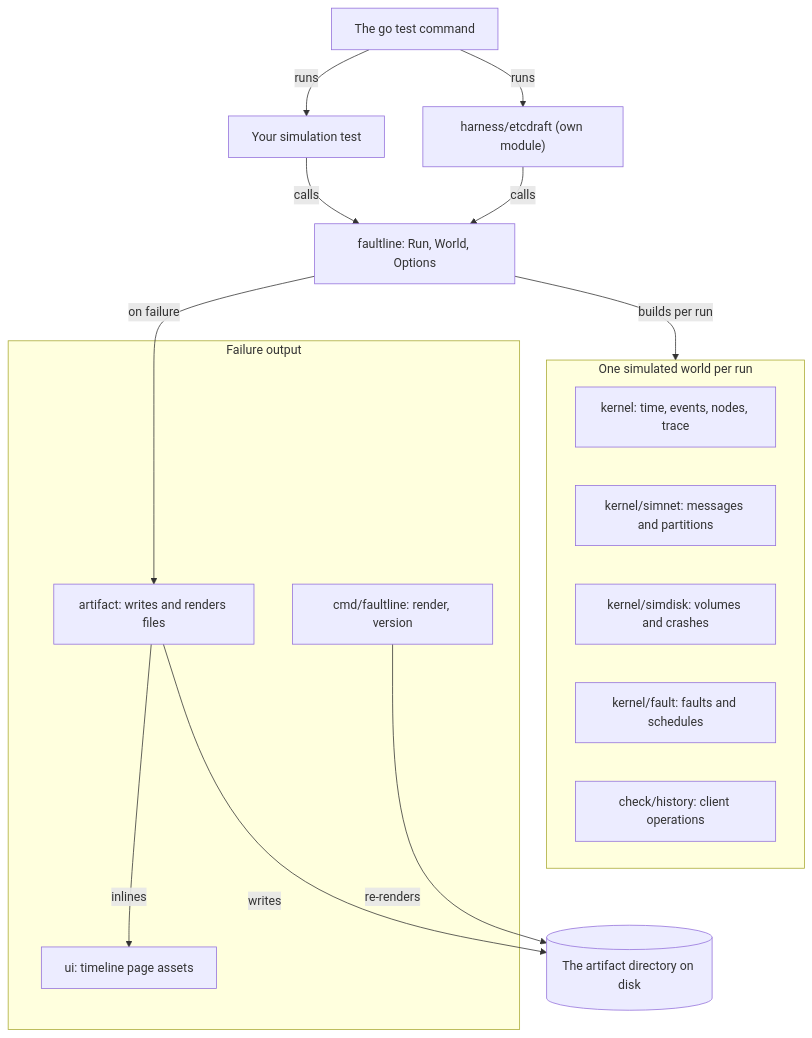
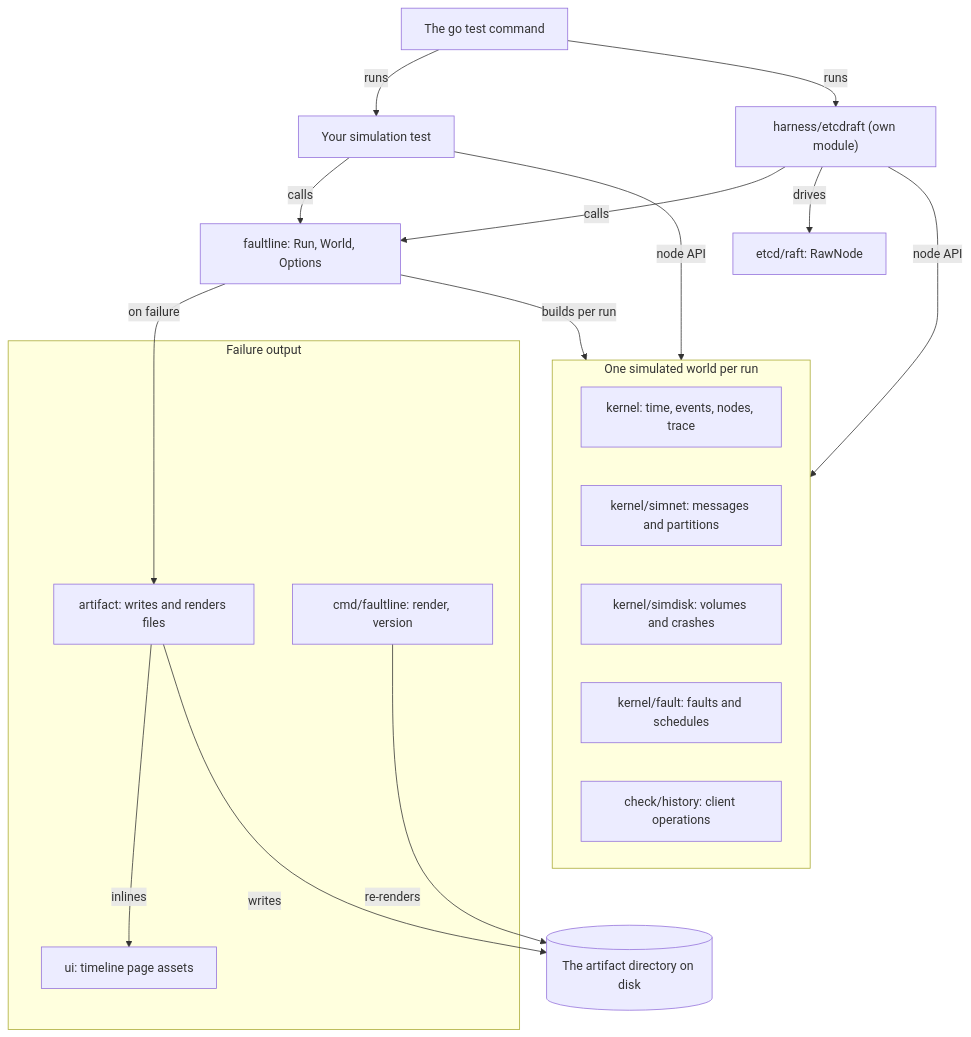
Before and after one commit to hmdsefi/faultline: the diagram in docs/architecture.md, drawn with Mermaid. The commit also changed other lines of this file and 4 other files, not shown here.

Commit message:
docs: explain the node API and what the etcd/raft harness is for

````diff
--- a/docs/architecture.md
+++ b/docs/architecture.md
@@ -13,31 +47,35 @@
 ```mermaid
 flowchart TB
     accTitle: How faultline's packages fit together
-    accDescr: go test runs your test or the etcd/raft harness, and both call faultline.Run in the root package. For every run, Run builds a world from kernel, simnet, simdisk, fault and history. On a failure, Run passes the run to package artifact, which writes the artifact directory and inlines the timeline renderer from package ui. The faultline command re-renders the files of an artifact directory.
+    accDescr: go test runs your test or the etcd/raft harness, and both call faultline.Run in the root package. Both run their nodes on the node API of the world's packages, and the harness drives etcd/raft's RawNode. For every run, Run builds a world from kernel, simnet, simdisk, fault and history. On a failure, Run passes the run to package artifact, which writes the artifact directory and inlines the timeline renderer from package ui. The faultline command re-renders the files of an artifact directory.
     go_test["The go test command"]
     your_test["Your simulation test"]
     harness["harness/etcdraft (own module)"]
+    rawnode["etcd/raft: RawNode"]
     run["faultline: Run, World, Options"]
     subgraph world["One simulated world per run"]
         kernel["kernel: time, events, nodes, trace"]
         simnet["kernel/simnet: messages and partitions"]
         simdisk["kernel/simdisk: volumes and crashes"]
         fault["kernel/fault: faults and schedules"]
         history["check/history: client operations"]
     end
     subgraph output["Failure output"]
         artifact["artifact: writes and renders files"]
         ui["ui: timeline page assets"]
         cli["cmd/faultline: render, version"]
     end
     dir[("The artifact directory on disk")]
     go_test -->|runs| your_test
     go_test -->|runs| harness
     your_test -->|calls| run
     harness -->|calls| run
+    harness -->|drives| rawnode
+    your_test -->|node API| world
+    harness -->|node API| world
     run -->|builds per run| world
     run -->|on failure| artifact
     artifact -->|inlines| ui
     artifact -->|writes| dir
     cli -->|re-renders| dir
 ```
````
